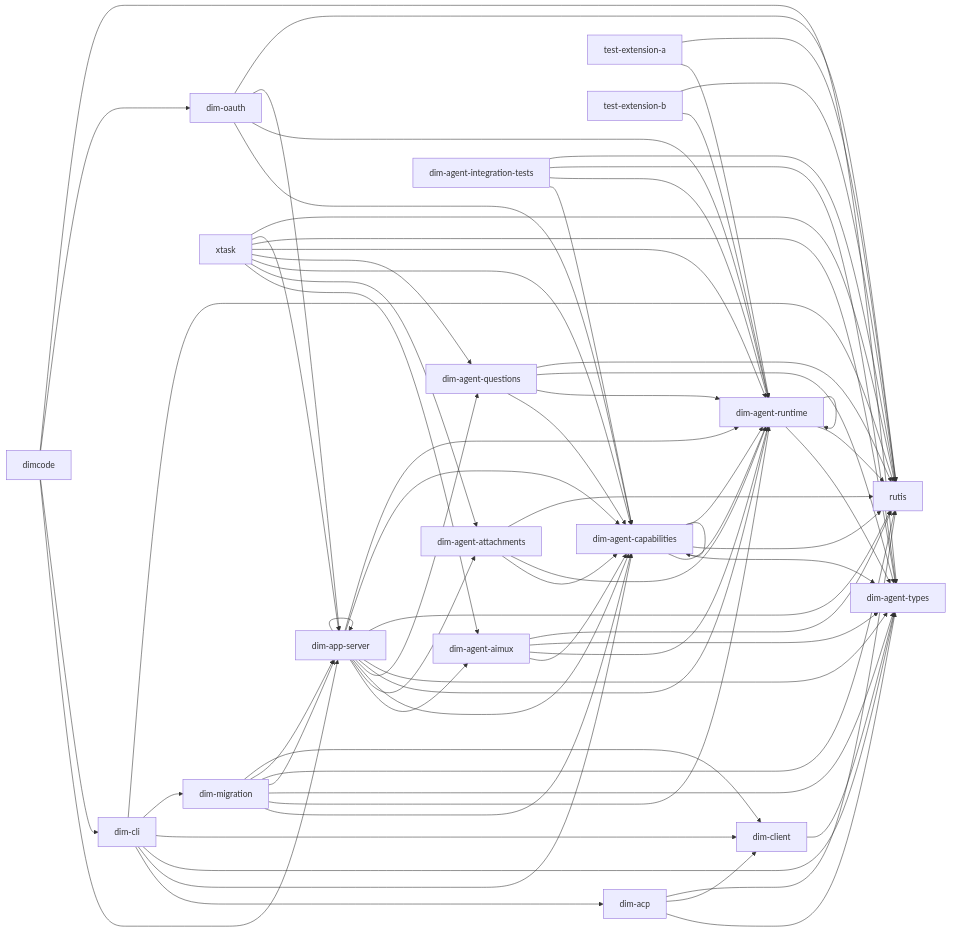
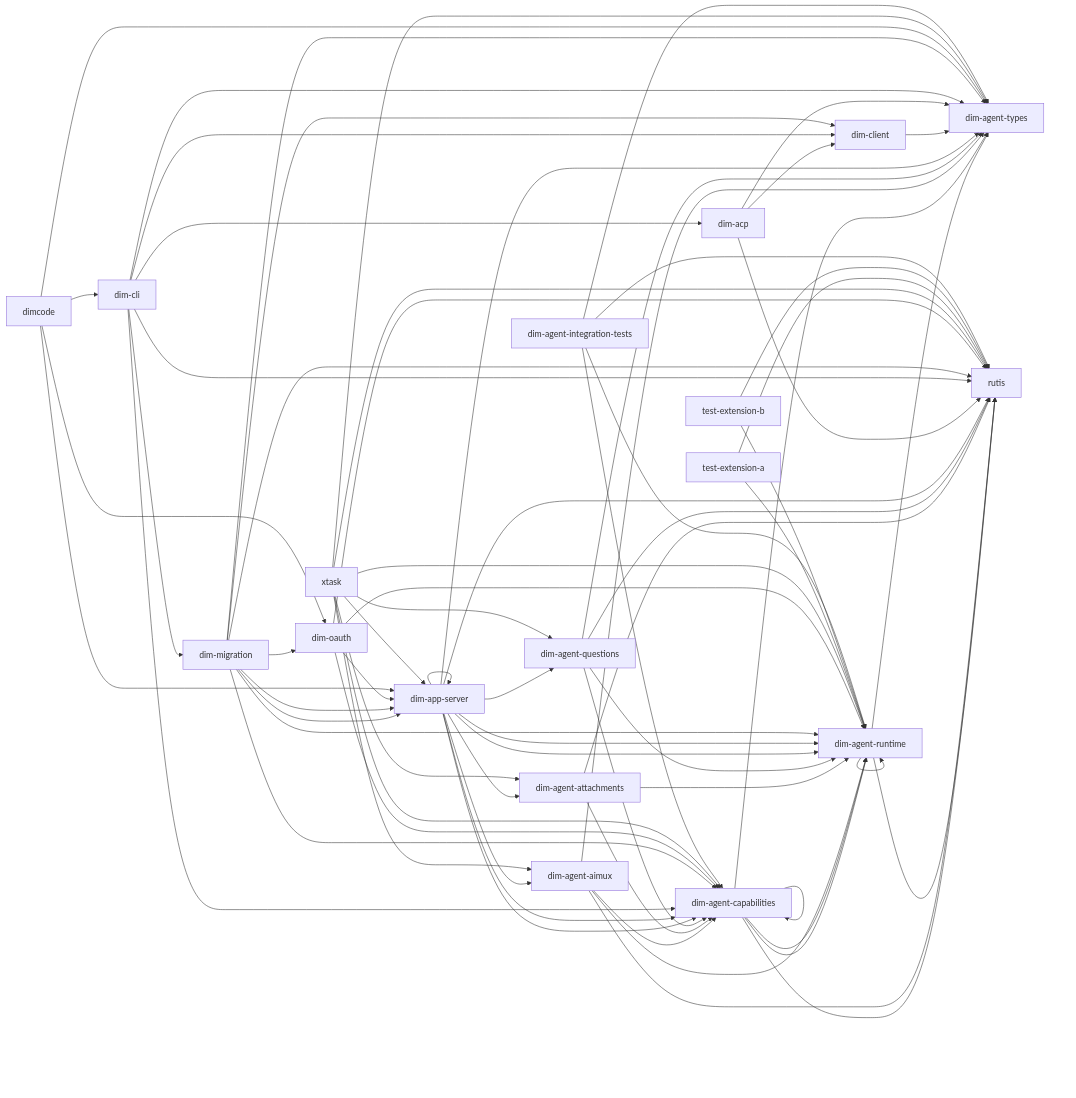
Before and after one commit to CoutinhoTTS/dim-agent: the diagram in docs/architecture/rust-agent/generated/crates.mmd, drawn with Mermaid. The commit also changed 9 other files, not shown here.

```diff
--- a/docs/architecture/rust-agent/generated/crates.mmd
+++ b/docs/architecture/rust-agent/generated/crates.mmd
@@ -1,72 +1,73 @@
 %% Generated from cargo metadata; do not edit.
 flowchart LR
   dim_agent_runtime["dim-agent-runtime"] --> dim_agent_types["dim-agent-types"]
   dim_agent_runtime["dim-agent-runtime"] --> rutis["rutis"]
   dim_agent_runtime["dim-agent-runtime"] --> dim_agent_runtime["dim-agent-runtime"]
   dim_agent_capabilities["dim-agent-capabilities"] --> dim_agent_runtime["dim-agent-runtime"]
   dim_agent_capabilities["dim-agent-capabilities"] --> dim_agent_types["dim-agent-types"]
   dim_agent_capabilities["dim-agent-capabilities"] --> rutis["rutis"]
   dim_agent_capabilities["dim-agent-capabilities"] --> dim_agent_capabilities["dim-agent-capabilities"]
   dim_agent_capabilities["dim-agent-capabilities"] --> dim_agent_runtime["dim-agent-runtime"]
   dim_agent_aimux["dim-agent-aimux"] --> dim_agent_capabilities["dim-agent-capabilities"]
   dim_agent_aimux["dim-agent-aimux"] --> dim_agent_runtime["dim-agent-runtime"]
   dim_agent_aimux["dim-agent-aimux"] --> dim_agent_types["dim-agent-types"]
   dim_agent_aimux["dim-agent-aimux"] --> rutis["rutis"]
   dim_agent_attachments["dim-agent-attachments"] --> dim_agent_capabilities["dim-agent-capabilities"]
   dim_agent_attachments["dim-agent-attachments"] --> dim_agent_runtime["dim-agent-runtime"]
   dim_agent_attachments["dim-agent-attachments"] --> rutis["rutis"]
   dim_agent_questions["dim-agent-questions"] --> dim_agent_capabilities["dim-agent-capabilities"]
   dim_agent_questions["dim-agent-questions"] --> dim_agent_runtime["dim-agent-runtime"]
   dim_agent_questions["dim-agent-questions"] --> dim_agent_types["dim-agent-types"]
   dim_agent_questions["dim-agent-questions"] --> rutis["rutis"]
   dim_app_server["dim-app-server"] --> dim_agent_aimux["dim-agent-aimux"]
   dim_app_server["dim-app-server"] --> dim_agent_attachments["dim-agent-attachments"]
   dim_app_server["dim-app-server"] --> dim_agent_capabilities["dim-agent-capabilities"]
   dim_app_server["dim-app-server"] --> dim_agent_questions["dim-agent-questions"]
   dim_app_server["dim-app-server"] --> dim_agent_runtime["dim-agent-runtime"]
   dim_app_server["dim-app-server"] --> dim_agent_types["dim-agent-types"]
   dim_app_server["dim-app-server"] --> rutis["rutis"]
   dim_app_server["dim-app-server"] --> dim_agent_capabilities["dim-agent-capabilities"]
   dim_app_server["dim-app-server"] --> dim_agent_runtime["dim-agent-runtime"]
   dim_app_server["dim-app-server"] --> dim_app_server["dim-app-server"]
   dim_client["dim-client"] --> dim_agent_types["dim-agent-types"]
   dim_acp["dim-acp"] --> dim_agent_types["dim-agent-types"]
   dim_acp["dim-acp"] --> dim_client["dim-client"]
   dim_acp["dim-acp"] --> rutis["rutis"]
   dim_cli["dim-cli"] --> dim_acp["dim-acp"]
   dim_cli["dim-cli"] --> dim_agent_capabilities["dim-agent-capabilities"]
   dim_cli["dim-cli"] --> dim_agent_types["dim-agent-types"]
   dim_cli["dim-cli"] --> dim_client["dim-client"]
   dim_cli["dim-cli"] --> dim_migration["dim-migration"]
   dim_cli["dim-cli"] --> rutis["rutis"]
   dim_migration["dim-migration"] --> dim_agent_capabilities["dim-agent-capabilities"]
   dim_migration["dim-migration"] --> dim_agent_runtime["dim-agent-runtime"]
   dim_migration["dim-migration"] --> dim_agent_types["dim-agent-types"]
   dim_migration["dim-migration"] --> dim_app_server["dim-app-server"]
   dim_migration["dim-migration"] --> rutis["rutis"]
   dim_migration["dim-migration"] --> dim_app_server["dim-app-server"]
   dim_migration["dim-migration"] --> dim_client["dim-client"]
+  dim_migration["dim-migration"] --> dim_oauth["dim-oauth"]
   dim_oauth["dim-oauth"] --> dim_agent_capabilities["dim-agent-capabilities"]
   dim_oauth["dim-oauth"] --> dim_agent_runtime["dim-agent-runtime"]
   dim_oauth["dim-oauth"] --> dim_app_server["dim-app-server"]
   dim_oauth["dim-oauth"] --> rutis["rutis"]
   dimcode["dimcode"] --> dim_app_server["dim-app-server"]
   dimcode["dimcode"] --> dim_cli["dim-cli"]
   dimcode["dimcode"] --> dim_oauth["dim-oauth"]
   dimcode["dimcode"] --> dim_agent_types["dim-agent-types"]
   xtask["xtask"] --> dim_agent_aimux["dim-agent-aimux"]
   xtask["xtask"] --> dim_agent_attachments["dim-agent-attachments"]
   xtask["xtask"] --> dim_agent_capabilities["dim-agent-capabilities"]
   xtask["xtask"] --> dim_agent_questions["dim-agent-questions"]
   xtask["xtask"] --> dim_agent_runtime["dim-agent-runtime"]
   xtask["xtask"] --> dim_agent_types["dim-agent-types"]
   xtask["xtask"] --> dim_app_server["dim-app-server"]
   xtask["xtask"] --> rutis["rutis"]
   test_extension_a["test-extension-a"] --> dim_agent_runtime["dim-agent-runtime"]
   test_extension_a["test-extension-a"] --> rutis["rutis"]
   test_extension_b["test-extension-b"] --> dim_agent_runtime["dim-agent-runtime"]
   test_extension_b["test-extension-b"] --> rutis["rutis"]
   dim_agent_integration_tests["dim-agent-integration-tests"] --> dim_agent_capabilities["dim-agent-capabilities"]
   dim_agent_integration_tests["dim-agent-integration-tests"] --> dim_agent_runtime["dim-agent-runtime"]
   dim_agent_integration_tests["dim-agent-integration-tests"] --> dim_agent_types["dim-agent-types"]
   dim_agent_integration_tests["dim-agent-integration-tests"] --> rutis["rutis"]
```
